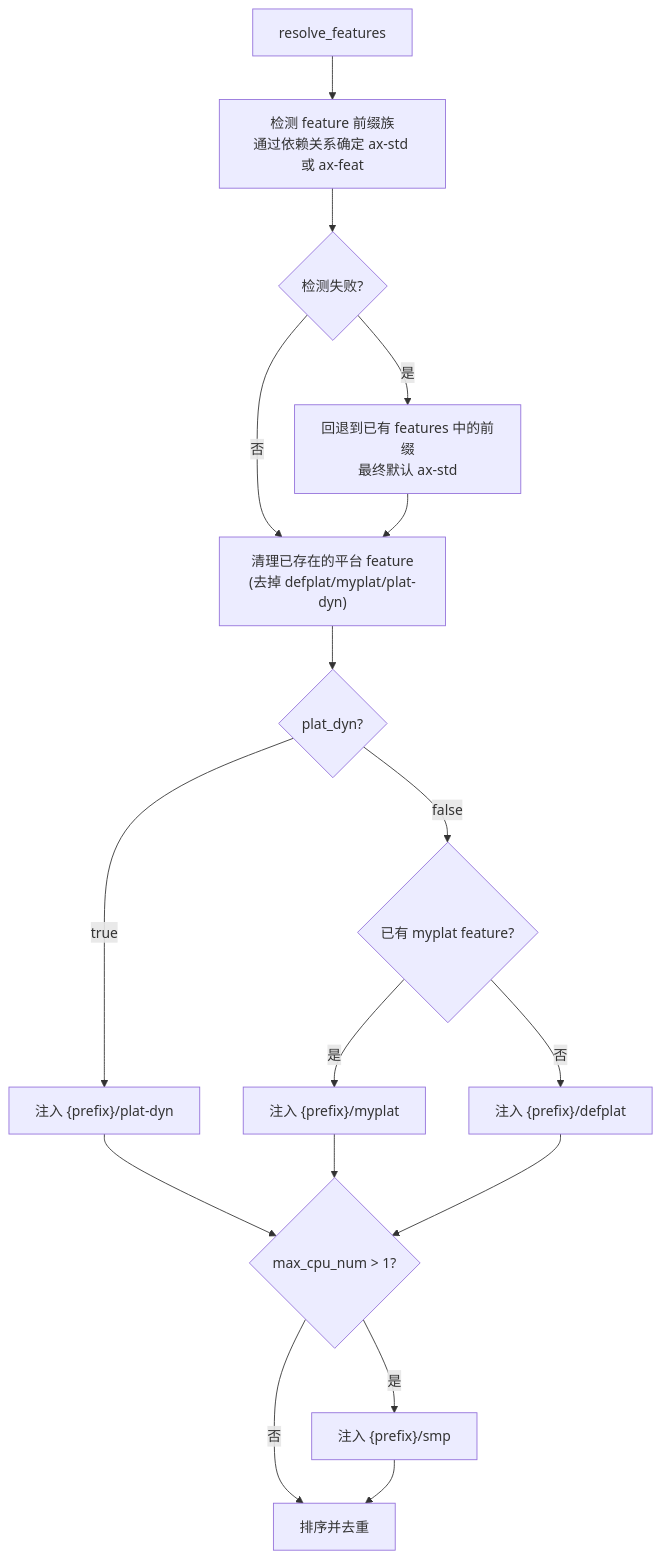
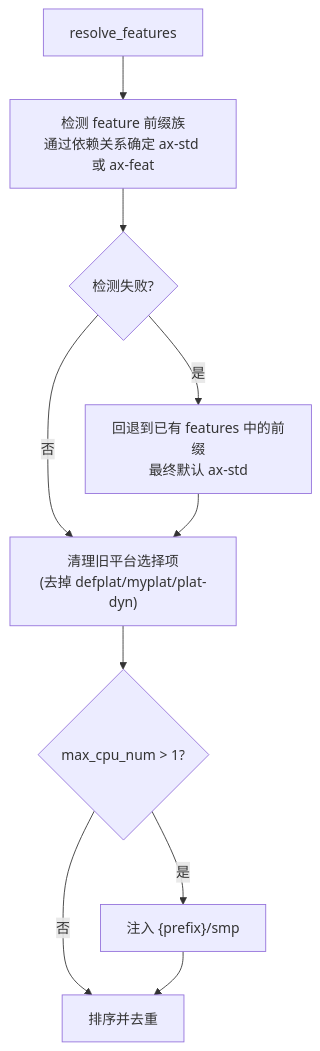
The fourth of 6 diagrams in docs/docs/build/build.md (rcore-os/tgoskits), drawn with Mermaid before and after one commit. The commit also changed other lines of this file and 302 other files, not shown here.

````diff
--- a/docs/docs/build/build.md
+++ b/docs/docs/build/build.md
@@ -144,19 +144,12 @@
 ```mermaid
 flowchart TD
     A[resolve_features] --> B["检测 feature 前缀族<br/>通过依赖关系确定 ax-std 或 ax-feat"]
     B --> B1{检测失败?}
     B1 -->|是| B2["回退到已有 features 中的前缀<br/>最终默认 ax-std"]
-    B1 -->|否| C["清理已存在的平台 feature<br/>(去掉 defplat/myplat/plat-dyn)"]
+    B1 -->|否| C["清理旧平台选择项<br/>(去掉 defplat/myplat/plat-dyn)"]
     B2 --> C
-    C --> D{plat_dyn?}
-    D -->|true| E["注入 {prefix}/plat-dyn"]
-    D -->|false| F{已有 myplat feature?}
-    F -->|是| G["注入 {prefix}/myplat"]
-    F -->|否| H["注入 {prefix}/defplat"]
-    E --> I{max_cpu_num > 1?}
-    G --> I
-    H --> I
+    C --> I{max_cpu_num > 1?}
     I -->|是| J["注入 {prefix}/smp"]
     I -->|否| K["排序并去重"]
     J --> K
 ```
````
